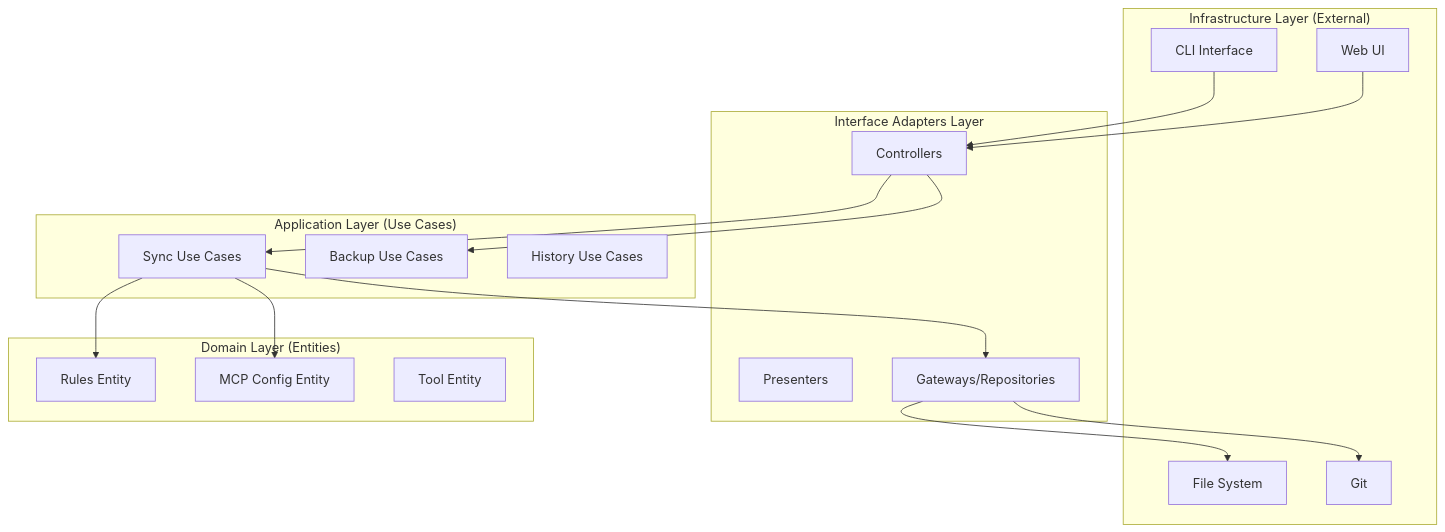
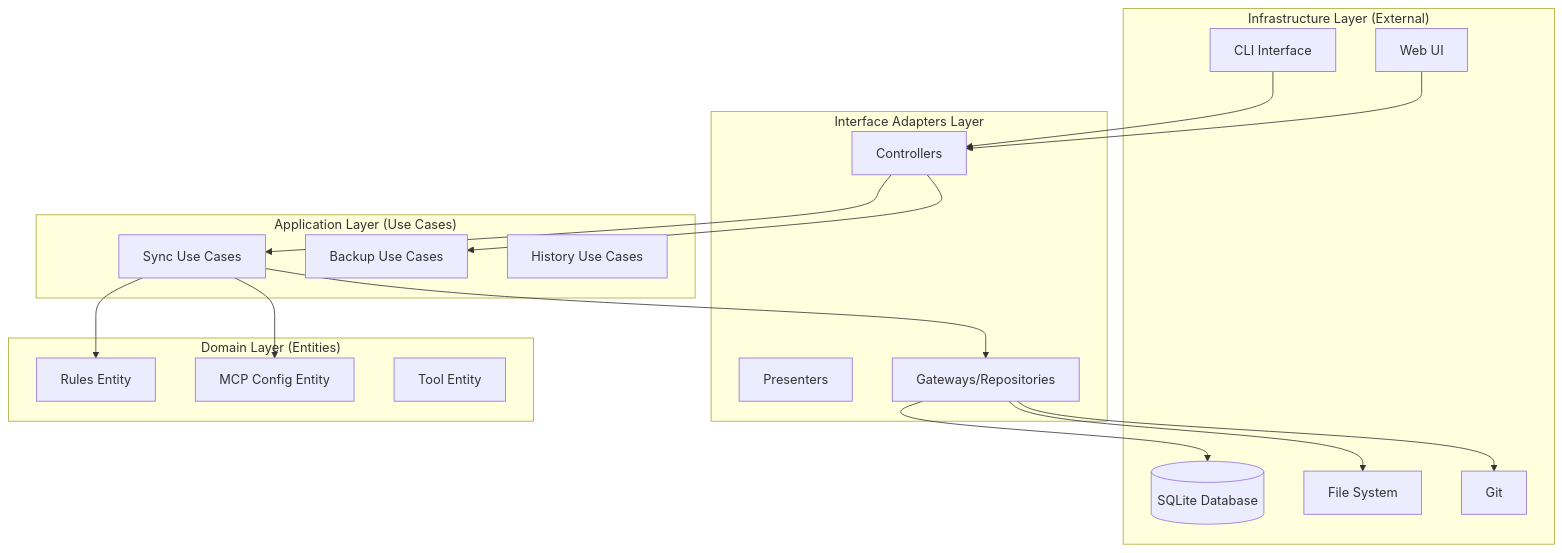
The diagram in docs/architecture.md (inchan/align-agents), drawn with Mermaid before and after one commit. The commit also changed other lines of this file and 82 other files, not shown here.

````diff
--- a/docs/architecture.md
+++ b/docs/architecture.md
@@ -19,37 +19,39 @@
 ```mermaid
 graph TD
     subgraph "Infrastructure Layer (External)"
+        DB[(SQLite Database)]
         FS[File System]
         Git[Git]
         CLI[CLI Interface]
         Web[Web UI]
     end
 
     subgraph "Interface Adapters Layer"
         Controllers[Controllers]
         Presenters[Presenters]
         Gateways[Gateways/Repositories]
     end
 
     subgraph "Application Layer (Use Cases)"
         SyncUC[Sync Use Cases]
         BackupUC[Backup Use Cases]
         HistoryUC[History Use Cases]
     end
 
     subgraph "Domain Layer (Entities)"
         Rules[Rules Entity]
         MCP[MCP Config Entity]
         Tool[Tool Entity]
     end
 
     CLI --> Controllers
     Web --> Controllers
     Controllers --> SyncUC
     Controllers --> BackupUC
     SyncUC --> Rules
     SyncUC --> MCP
     SyncUC --> Gateways
+    Gateways --> DB
     Gateways --> FS
     Gateways --> Git
 ```
````
